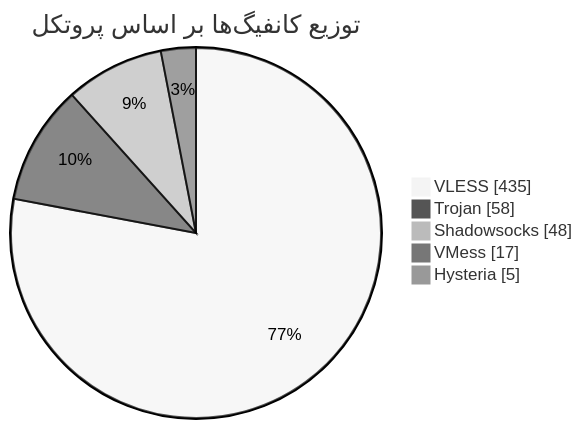
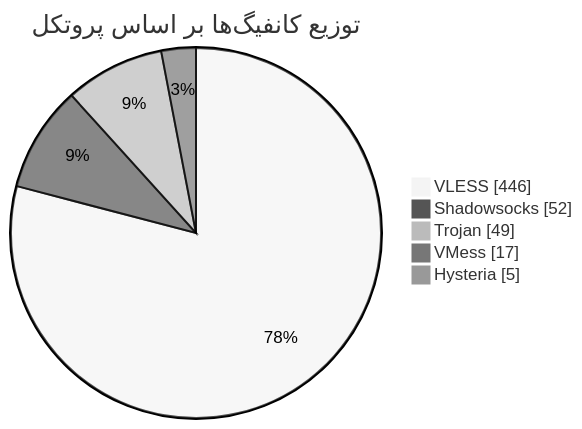
One commit to Arian-Alijani/Somthing changed the diagram in README.md. Above: the diagram before and after it, drawn with Mermaid (neutral theme). The commit also changed other lines of this file and 75 other files, not shown here.

````diff
--- a/README.md
+++ b/README.md
@@ -47,9 +47,9 @@
 ```mermaid
 pie showData
     title توزیع کانفیگ‌ها بر اساس پروتکل
-    "VLESS" : 435
-    "Trojan" : 58
-    "Shadowsocks" : 48
+    "VLESS" : 446
+    "Shadowsocks" : 52
+    "Trojan" : 49
     "VMess" : 17
     "Hysteria" : 5
 ```
````
